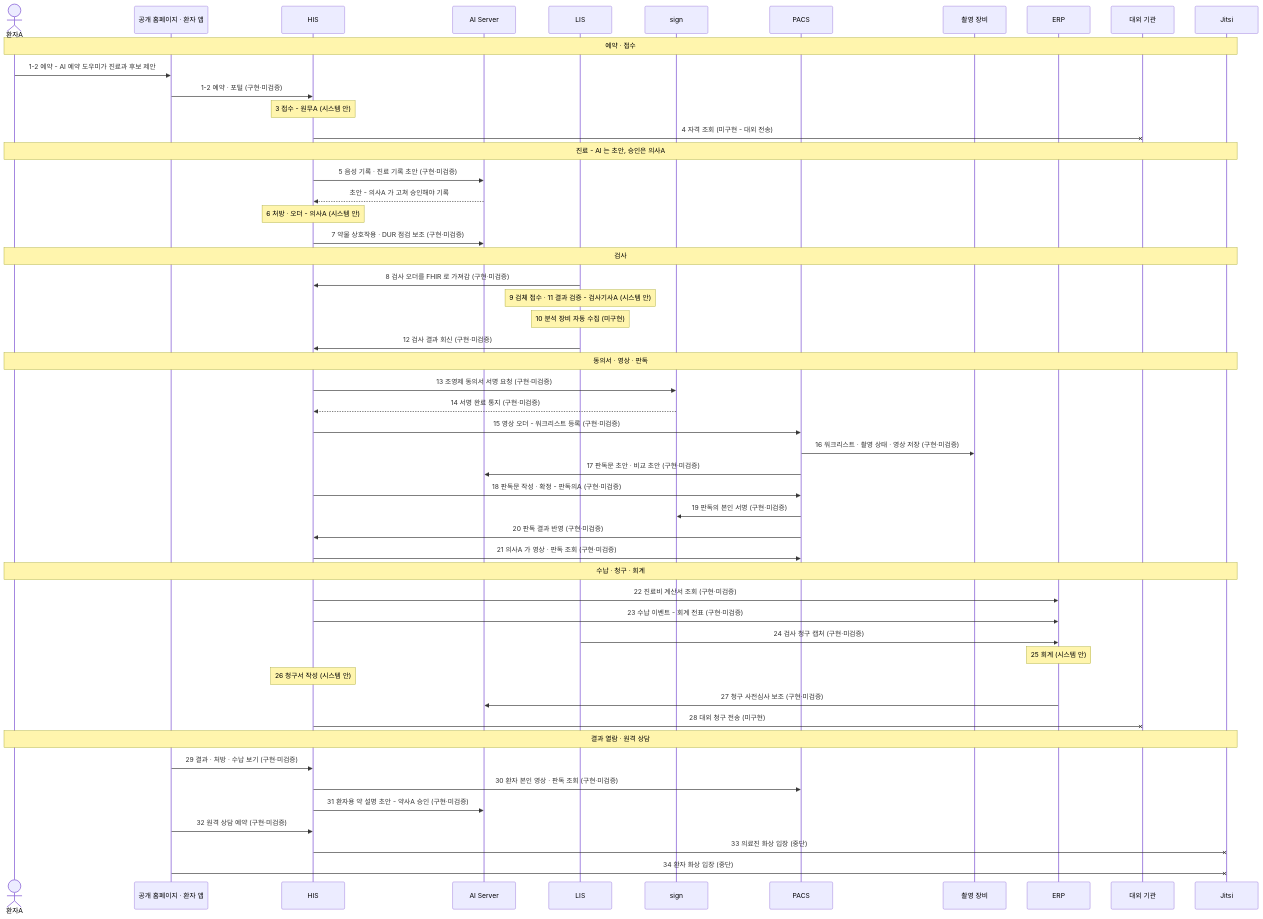
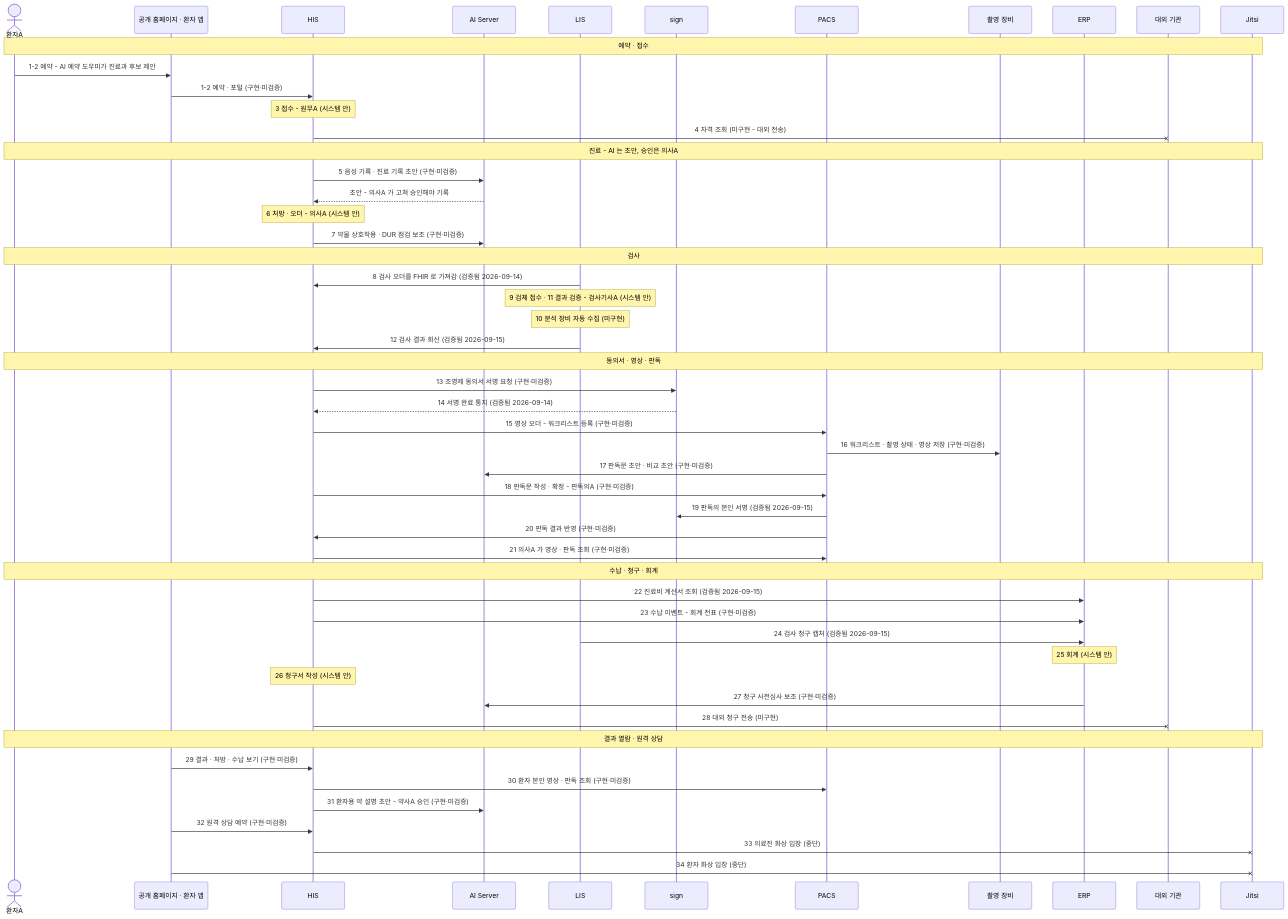
The diagram in scenarios/01-outpatient-journey.md (seanshin/werub-his-ecosystem), drawn with Mermaid before and after one commit. The commit also changed other lines of this file and 6 other files, not shown here.

````diff
--- a/scenarios/01-outpatient-journey.md
+++ b/scenarios/01-outpatient-journey.md
@@ -26,60 +26,60 @@
 ```mermaid
 sequenceDiagram
   actor PT as 환자A
   participant FRONT as 공개 홈페이지 · 환자 앱
   participant HIS as HIS
   participant AIS as AI Server
   participant LIS as LIS
   participant SIGN as sign
   participant PACS as PACS
   participant MOD as 촬영 장비
   participant ERP as ERP
   participant EXT as 대외 기관
   participant JITSI as Jitsi
 
   Note over PT,JITSI: 예약 · 접수
   PT->>FRONT: 1-2 예약 - AI 예약 도우미가 진료과 후보 제안
   FRONT->>HIS: 1-2 예약 · 포털 (구현·미검증)
   Note over HIS: 3 접수 - 원무A (시스템 안)
   HIS-xEXT: 4 자격 조회 (미구현 - 대외 전송)
 
   Note over PT,JITSI: 진료 - AI 는 초안, 승인은 의사A
   HIS->>AIS: 5 음성 기록 · 진료 기록 초안 (구현·미검증)
   AIS-->>HIS: 초안 - 의사A 가 고쳐 승인해야 기록
   Note over HIS: 6 처방 · 오더 - 의사A (시스템 안)
   HIS->>AIS: 7 약물 상호작용 · DUR 점검 보조 (구현·미검증)
 
   Note over PT,JITSI: 검사
-  LIS->>HIS: 8 검사 오더를 FHIR 로 가져감 (구현·미검증)
+  LIS->>HIS: 8 검사 오더를 FHIR 로 가져감 (검증됨 2026-09-14)
   Note over LIS: 9 검체 접수 · 11 결과 검증 - 검사기사A (시스템 안)
   Note over LIS: 10 분석 장비 자동 수집 (미구현)
-  LIS->>HIS: 12 검사 결과 회신 (구현·미검증)
+  LIS->>HIS: 12 검사 결과 회신 (검증됨 2026-09-15)
 
   Note over PT,JITSI: 동의서 · 영상 · 판독
   HIS->>SIGN: 13 조영제 동의서 서명 요청 (구현·미검증)
-  SIGN-->>HIS: 14 서명 완료 통지 (구현·미검증)
+  SIGN-->>HIS: 14 서명 완료 통지 (검증됨 2026-09-14)
   HIS->>PACS: 15 영상 오더 - 워크리스트 등록 (구현·미검증)
   PACS->>MOD: 16 워크리스트 · 촬영 상태 · 영상 저장 (구현·미검증)
   PACS->>AIS: 17 판독문 초안 · 비교 초안 (구현·미검증)
   HIS->>PACS: 18 판독문 작성 · 확정 - 판독의A (구현·미검증)
-  PACS->>SIGN: 19 판독의 본인 서명 (구현·미검증)
+  PACS->>SIGN: 19 판독의 본인 서명 (검증됨 2026-09-15)
   PACS->>HIS: 20 판독 결과 반영 (구현·미검증)
   HIS->>PACS: 21 의사A 가 영상 · 판독 조회 (구현·미검증)
 
   Note over PT,JITSI: 수납 · 청구 · 회계
-  HIS->>ERP: 22 진료비 계산서 조회 (구현·미검증)
+  HIS->>ERP: 22 진료비 계산서 조회 (검증됨 2026-09-15)
   HIS->>ERP: 23 수납 이벤트 - 회계 전표 (구현·미검증)
-  LIS->>ERP: 24 검사 청구 캡처 (구현·미검증)
+  LIS->>ERP: 24 검사 청구 캡처 (검증됨 2026-09-15)
   Note over ERP: 25 회계 (시스템 안)
   Note over HIS: 26 청구서 작성 (시스템 안)
   ERP->>AIS: 27 청구 사전심사 보조 (구현·미검증)
   HIS-xEXT: 28 대외 청구 전송 (미구현)
 
   Note over PT,JITSI: 결과 열람 · 원격 상담
   FRONT->>HIS: 29 결과 · 처방 · 수납 보기 (구현·미검증)
   HIS->>PACS: 30 환자 본인 영상 · 판독 조회 (구현·미검증)
   HIS->>AIS: 31 환자용 약 설명 초안 - 약사A 승인 (구현·미검증)
   FRONT->>HIS: 32 원격 상담 예약 (구현·미검증)
   HIS-xJITSI: 33 의료진 화상 입장 (중단)
   FRONT-xJITSI: 34 환자 화상 입장 (중단)
 ```
````
